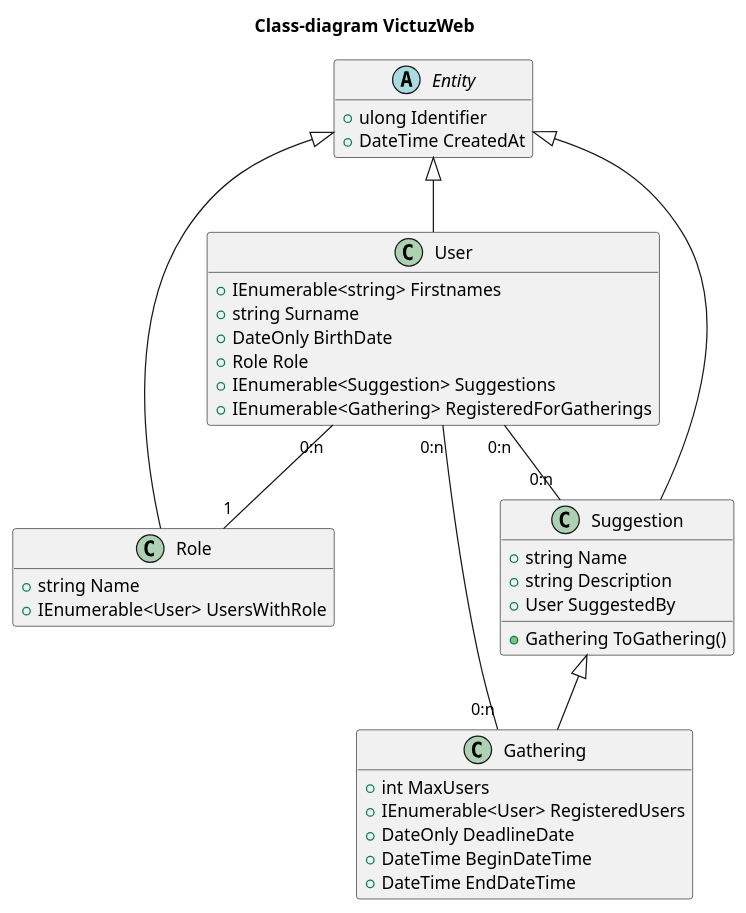
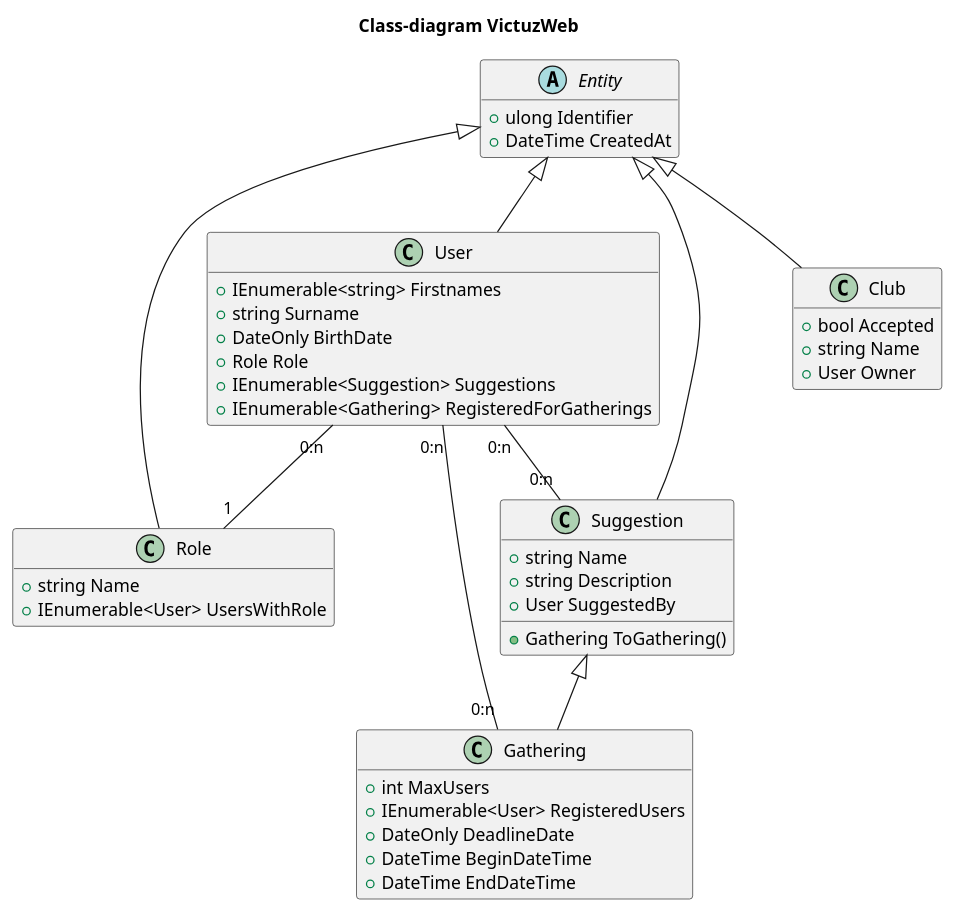
The diagram in uml/class.puml (SlagterJ/VictuzWeb), drawn with PlantUML before and after one commit. The commit also changed 1 other file, not shown here.

Commit message:
add club

```diff
--- a/uml/class.puml
+++ b/uml/class.puml
@@ -1,51 +1,58 @@
 @startuml class
 hide empty members
 title Class-diagram VictuzWeb
 
 
 abstract Entity {
   + ulong Identifier
   + DateTime CreatedAt
 }
 
 class User {
   + IEnumerable<string> Firstnames
   + string Surname
   + DateOnly BirthDate
   + Role Role
   + IEnumerable<Suggestion> Suggestions
   + IEnumerable<Gathering> RegisteredForGatherings
 }
 Entity <|-- User
 
 class Role {
   + string Name
   + IEnumerable<User> UsersWithRole
 }
 Entity <|-- Role
 
 User "0:n" -- "1" Role
 
 class Suggestion {
   + string Name
   + string Description
   + User SuggestedBy
 
   + Gathering ToGathering()
 }
 Entity <|-- Suggestion
 
 User "0:n" -- "0:n" Suggestion
 
 class Gathering {
   + int MaxUsers
   + IEnumerable<User> RegisteredUsers
   + DateOnly DeadlineDate
   + DateTime BeginDateTime
   + DateTime EndDateTime
 }
 Suggestion <|-- Gathering
 
 User "0:n" -- "0:n" Gathering
 
+class Club {
+    + bool Accepted
+    + string Name
+    + User Owner
+}
+Entity <|-- Club
+
 @enduml
```
